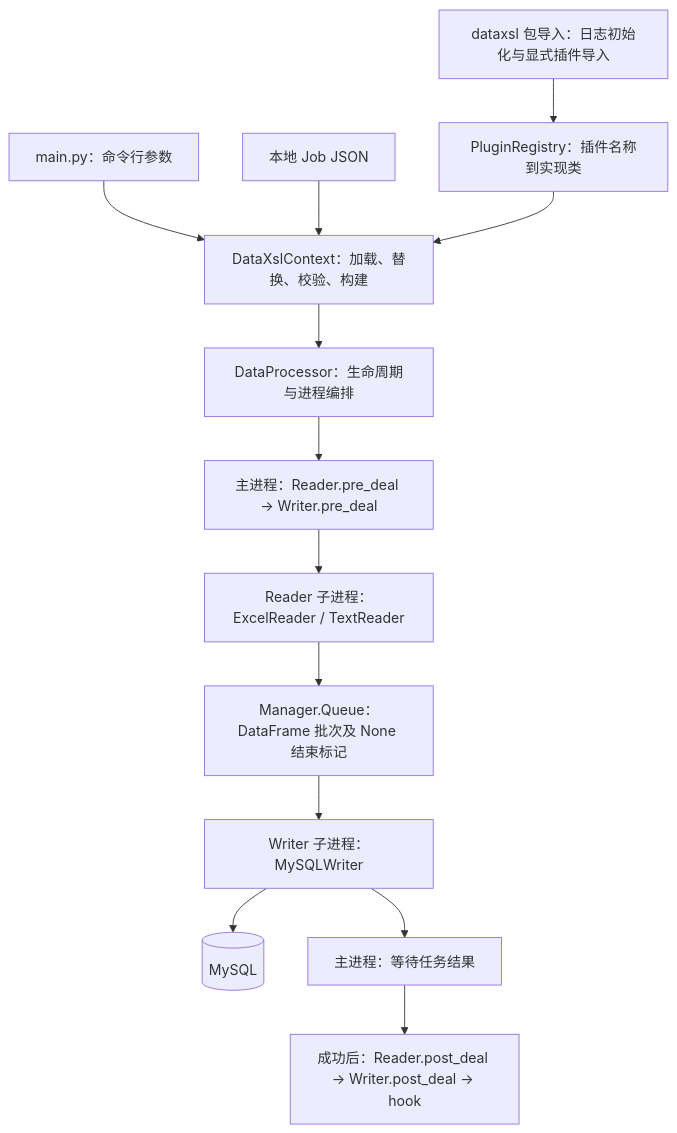
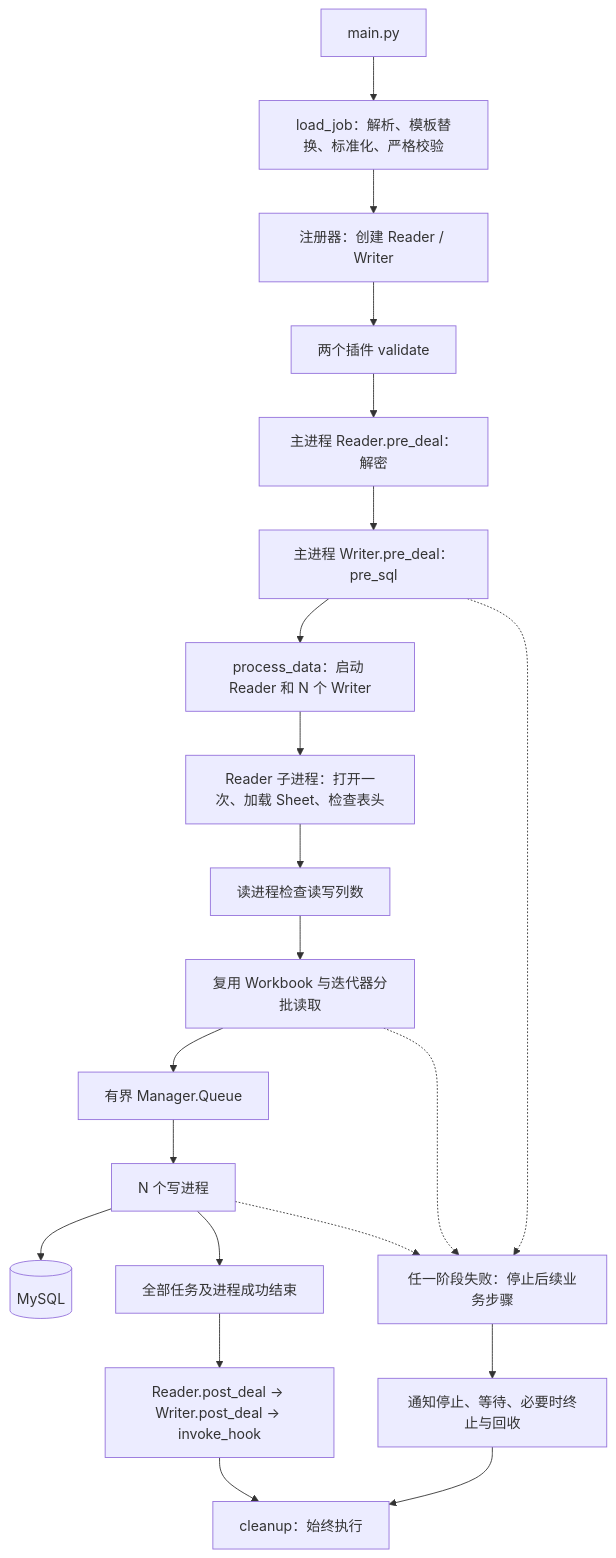
The diagram in docs/architecture-multiprocess.md (jingtinghe0014/dataxsl), drawn with Mermaid before and after one commit. The commit also changed other lines of this file and 18 other files, not shown here.

````diff
--- a/docs/architecture-multiprocess.md
+++ b/docs/architecture-multiprocess.md
@@ -55,15 +45,23 @@
 ```mermaid
 flowchart TD
-    CLI["main.py：命令行参数"] --> CTX["DataXslContext：加载、替换、校验、构建"]
-    JSON["本地 Job JSON"] --> CTX
-    REG["PluginRegistry：插件名称到实现类"] --> CTX
-    INIT["dataxsl 包导入：日志初始化与显式插件导入"] --> REG
-    CTX --> PROC["DataProcessor：生命周期与进程编排"]
-    PROC --> PRE["主进程：Reader.pre_deal → Writer.pre_deal"]
-    PRE --> R["Reader 子进程：ExcelReader / TextReader"]
-    R --> Q["Manager.Queue：DataFrame 批次及 None 结束标记"]
-    Q --> W["Writer 子进程：MySQLWriter"]
+    CLI["main.py"] --> LOAD["load_job：解析、模板替换、标准化、严格校验"]
+    LOAD --> FACTORY["注册器：创建 Reader / Writer"]
+    FACTORY --> VALIDATE["两个插件 validate"]
+    VALIDATE --> PRE["主进程 Reader.pre_deal：解密"]
+    PRE --> WPRE["主进程 Writer.pre_deal：pre_sql"]
+    WPRE --> PIPE["process_data：启动 Reader 和 N 个 Writer"]
+    PIPE --> RPRE["Reader 子进程：打开一次、加载 Sheet、检查表头"]
+    RPRE --> MAP["读进程检查读写列数"]
+    MAP --> R["复用 Workbook 与迭代器分批读取"]
+    R --> Q["有界 Manager.Queue"]
+    Q --> W["N 个写进程"]
     W --> DB[(MySQL)]
-    W --> JOIN["主进程：等待任务结果"]
-    JOIN --> POST["成功后：Reader.post_deal → Writer.post_deal → hook"]
+    W --> SUCCESS["全部任务及进程成功结束"]
+    SUCCESS --> POST["Reader.post_deal → Writer.post_deal → invoke_hook"]
+    POST --> CLEAN["cleanup：始终执行"]
+    WPRE -.-> ERROR["任一阶段失败：停止后续业务步骤"]
+    R -.-> ERROR
+    W -.-> ERROR
+    ERROR --> STOP["通知停止、等待、必要时终止与回收"]
+    STOP --> CLEAN
 ```
````
